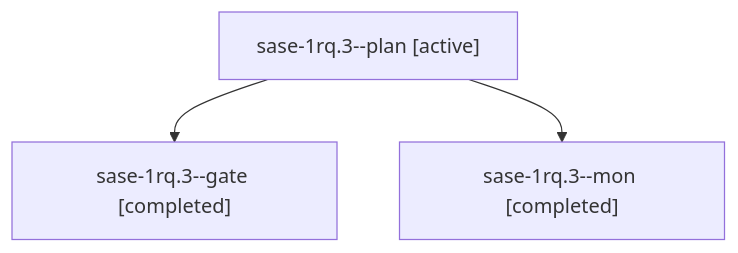
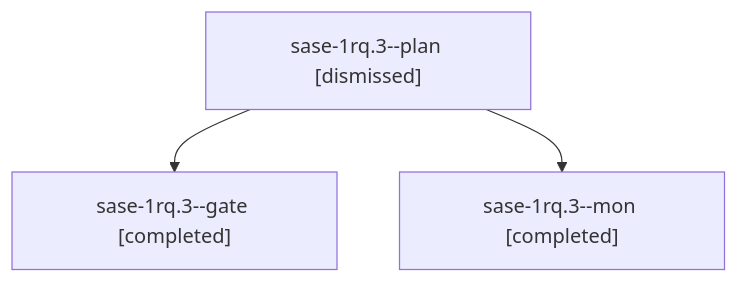
One commit to sase-org/sase--agents changed the diagram in sessions/bbugyi200.athena.sase-1rq.3.md. Above: the diagram before and after it, drawn with Mermaid. The commit also changed other lines of this file and 204 other files, not shown here.

````diff
--- a/sessions/bbugyi200.athena.sase-1rq.3.md
+++ b/sessions/bbugyi200.athena.sase-1rq.3.md
@@ -9,8 +9,8 @@
 ```mermaid
 flowchart TD
-  n0["sase-1rq.3--plan [active]"]
+  n0["sase-1rq.3--plan [dismissed]"]
   n1["sase-1rq.3--gate [completed]"]
   n0 --> n1
   n2["sase-1rq.3--mon [completed]"]
   n0 --> n2
 ```
````
